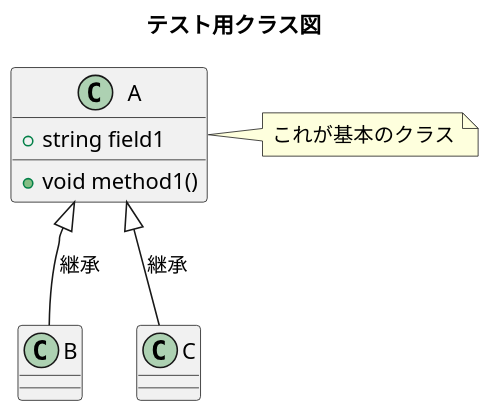
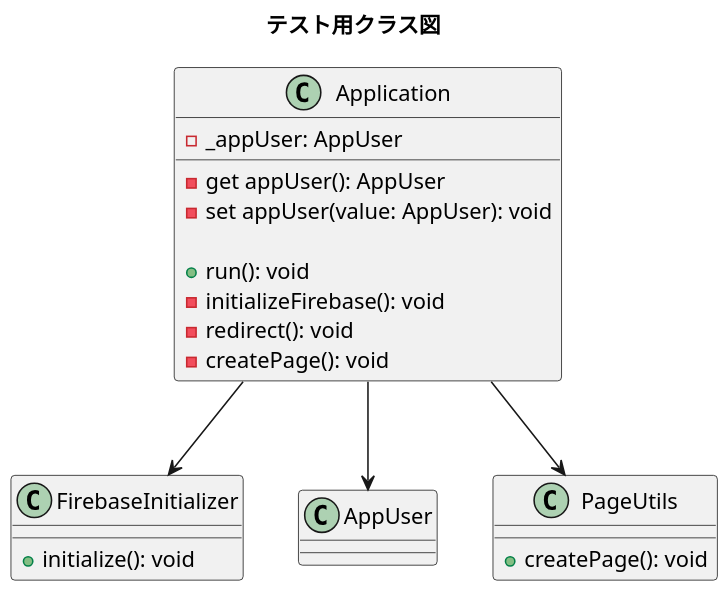
One commit to CA01971172/MySchedule changed the diagram in classUML.pu. Above: the diagram before and after it, drawn with PlantUML.

Commit message:
write Application

```diff
--- a/classUML.pu
+++ b/classUML.pu
@@ -1,17 +1,32 @@
 @startuml hoge
 title テスト用クラス図
 skinparam dpi 150
 
-' クラスAの定義
-class A {
-  +string field1
-  +void method1()
-}
-note right of A {
-  これが基本のクラス
+class Application {
+  - _appUser: AppUser
+
+  - get appUser(): AppUser
+  - set appUser(value: AppUser): void
+
+  + run(): void
+  - initializeFirebase(): void
+  - redirect(): void
+  - createPage(): void
 }
 
-' クラス間の関係
-A <|-- B : 継承
-A <|-- C : 継承
+class FirebaseInitializer {
+  + initialize(): void
+}
+
+class AppUser {
+}
+
+class PageUtils {
+  + createPage(): void
+}
+
+Application --> FirebaseInitializer
+Application --> AppUser
+Application --> PageUtils
+
 @enduml
```
